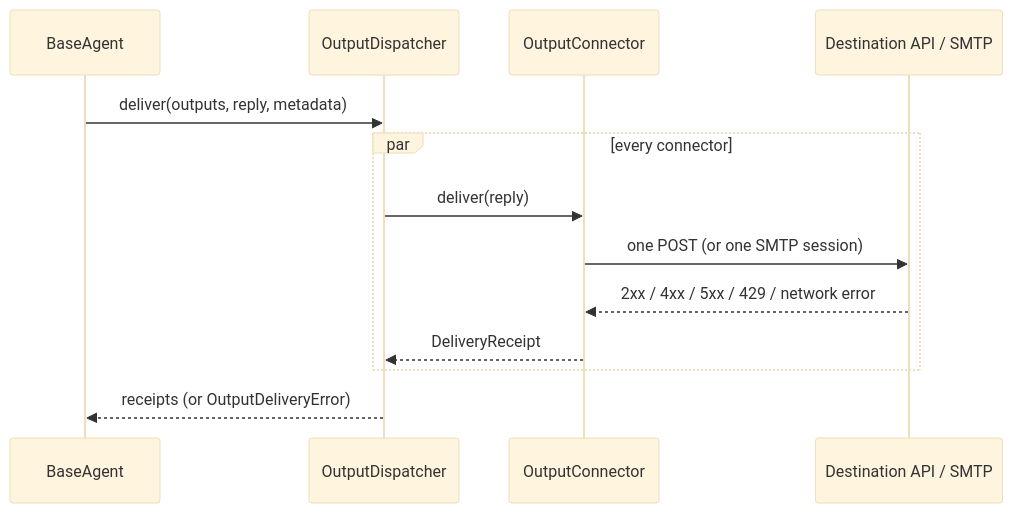
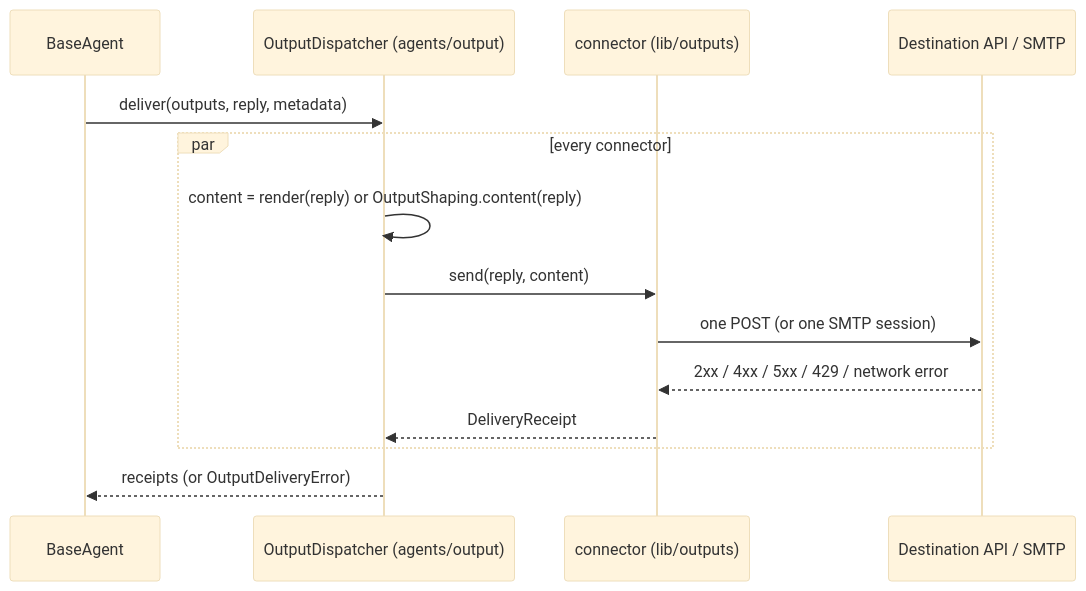
Before and after one commit to cerredz/Vidbyte-SDK: the second of 2 diagrams in docs/spec/agent-output-connectors/spec.md, drawn with Mermaid (base theme). The commit also changed other lines of this file and 1 other file, not shown here.

First line of the commit message:
docs(spec): revise agent-output-connectors spec r2 (S1 review round 1)

````diff
--- a/docs/spec/agent-output-connectors/spec.md
+++ b/docs/spec/agent-output-connectors/spec.md
@@ -151,15 +156,16 @@
 ```mermaid
 sequenceDiagram
   participant Agent as BaseAgent
-  participant Disp as OutputDispatcher
-  participant Conn as OutputConnector
+  participant Disp as OutputDispatcher (agents/output)
+  participant Conn as connector (lib/outputs)
   participant Dest as Destination API / SMTP
   Agent->>Disp: deliver(outputs, reply, metadata)
   par every connector
-    Disp->>Conn: deliver(reply)
+    Disp->>Disp: content = render(reply) or OutputShaping.content(reply)
+    Disp->>Conn: send(reply, content)
     Conn->>Dest: one POST (or one SMTP session)
     Dest-->>Conn: 2xx / 4xx / 5xx / 429 / network error
     Conn-->>Disp: DeliveryReceipt
   end
   Disp-->>Agent: receipts (or OutputDeliveryError)
 ```
````
